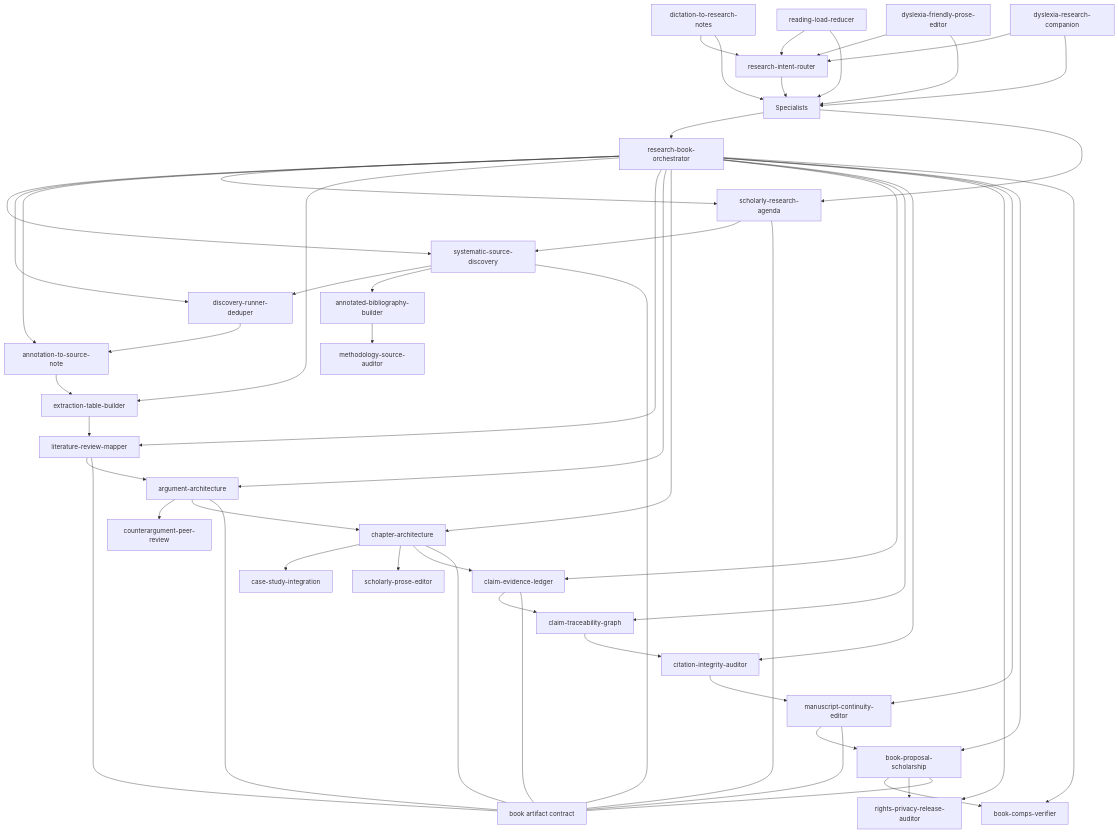
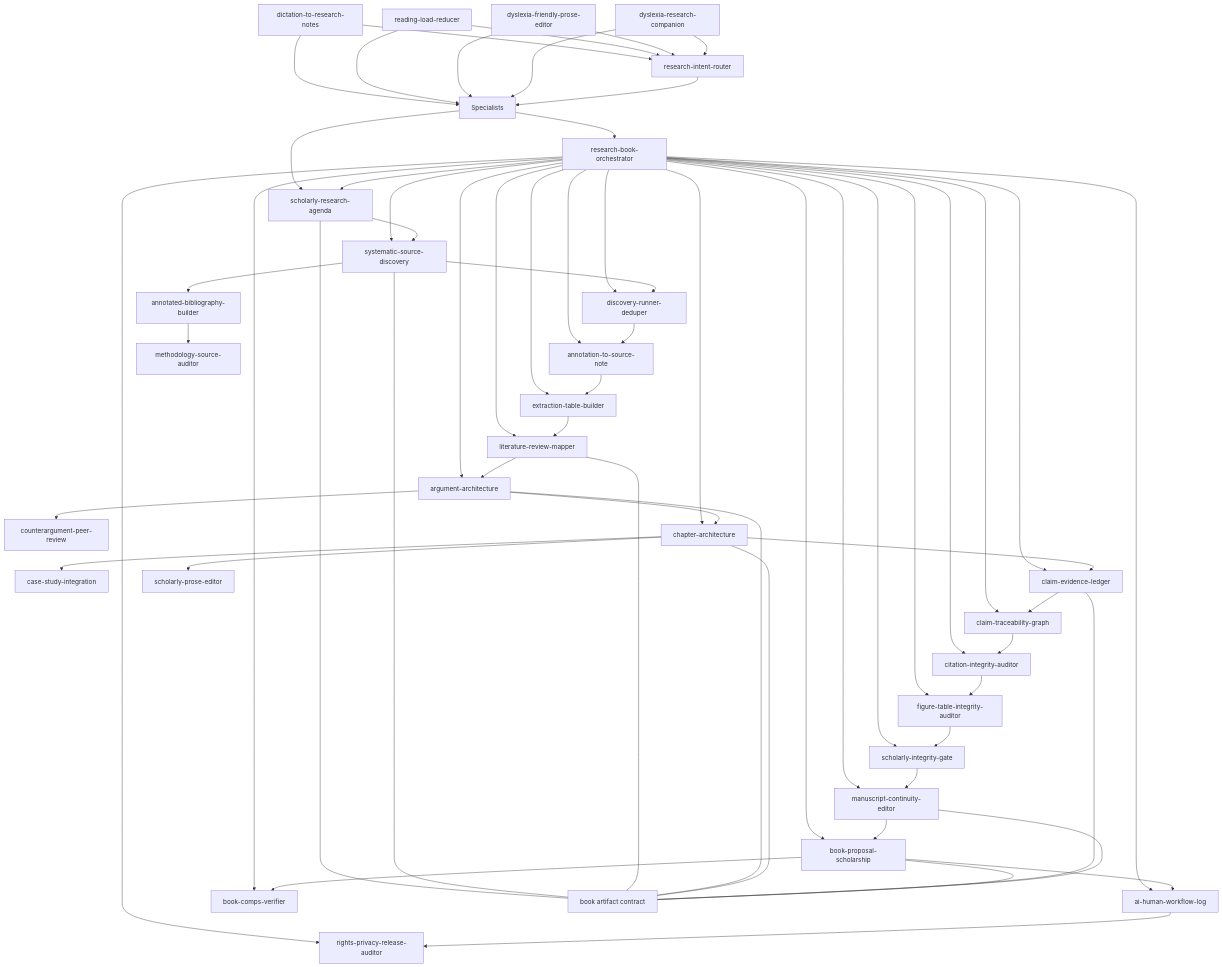
The second of 2 diagrams in docs/ARCHITECTURE.md (CoveMB/research-skills-plugin), drawn with Mermaid before and after one commit. The commit also changed other lines of this file and 48 other files, not shown here.

```diff
--- a/docs/ARCHITECTURE.md
+++ b/docs/ARCHITECTURE.md
@@ -134,6 +143,9 @@
     E[claim-evidence-ledger]
     G[claim-traceability-graph]
     Q[citation-integrity-auditor]
+    F[figure-table-integrity-auditor]
+    I[scholarly-integrity-gate]
+    H[ai-human-workflow-log]
     Y[rights-privacy-release-auditor]
     N[manuscript-continuity-editor]
     W[scholarly-prose-editor]
@@ -163,6 +175,9 @@
     O --> E
     O --> G
     O --> Q
+    O --> F
+    O --> I
+    O --> H
     O --> Y
     O --> N
     O --> X
@@ -182,10 +197,13 @@
     C --> E
     E --> G
     G --> Q
-    Q --> N
+    Q --> F
+    F --> I
+    I --> N
     N --> X
     X --> V
-    X --> Y
+    X --> H
+    H --> Y
     A --- Contract
     S --- Contract
     L --- Contract
```
